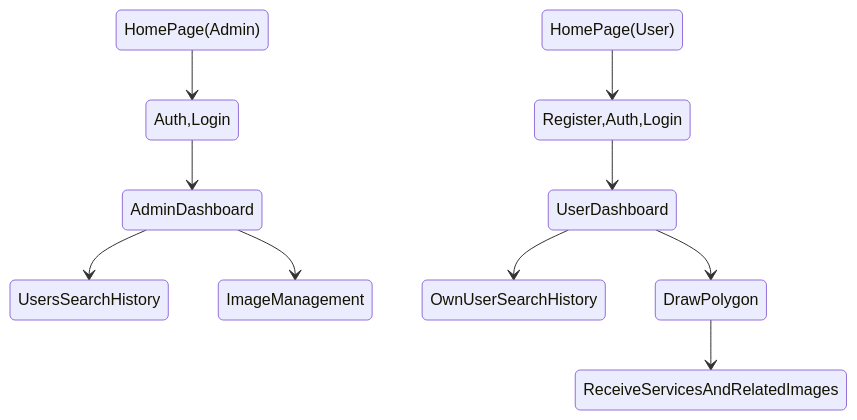
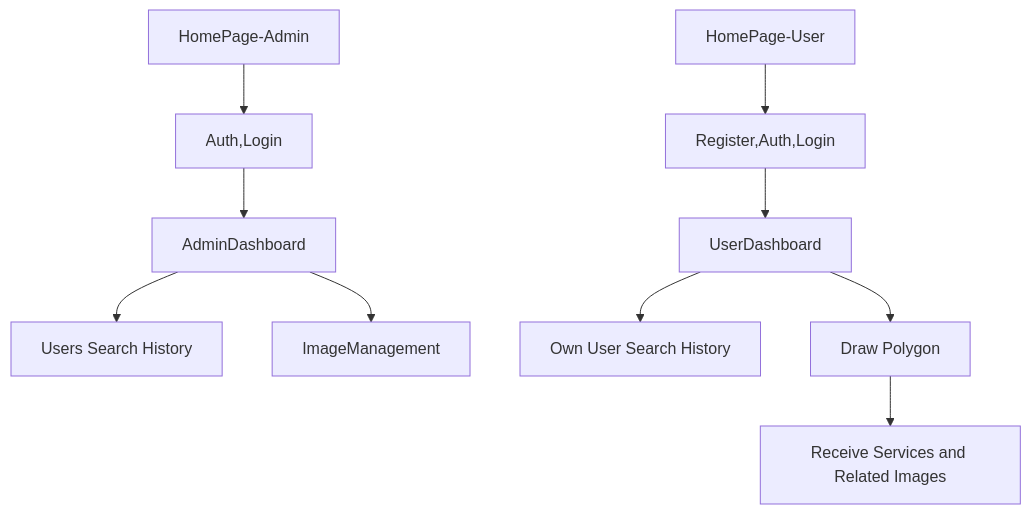
Before and after one commit to spaceomid/Documentation: the second of 2 diagrams in docs/Image Processing Platform/Description.md, drawn with Mermaid.

Commit message:
add changes

````diff
--- a/docs/Image Processing Platform/Description.md
+++ b/docs/Image Processing Platform/Description.md
@@ -28,15 +28,15 @@
 ```mermaid
-    stateDiagram-v2
+    flowchart TB
 
-    HomePage(Admin) --> Auth,Login
+    E[HomePage-Admin] --> Auth,Login
     Auth,Login --> AdminDashboard
-    AdminDashboard --> UsersSearchHistory
+    AdminDashboard --> H[Users Search History]
     AdminDashboard --> ImageManagement
 
-    HomePage(User) --> Register,Auth,Login
+    F[HomePage-User] --> Register,Auth,Login
     Register,Auth,Login --> UserDashboard
-    UserDashboard --> OwnUserSearchHistory
-    UserDashboard --> DrawPolygon
-    DrawPolygon --> ReceiveServicesAndRelatedImages
+    UserDashboard --> G[Own User Search History]
+    UserDashboard --> I[Draw Polygon]
+    I --> D[Receive Services and Related Images]
 
 ```
````
